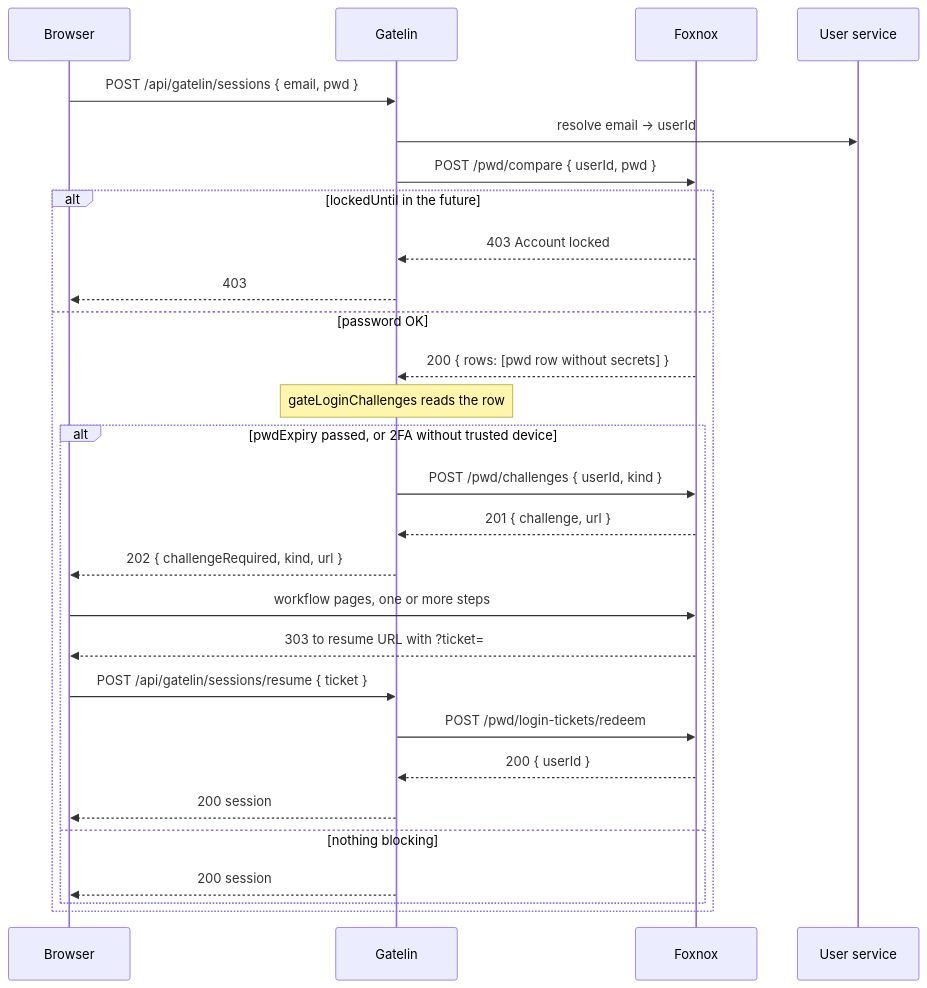
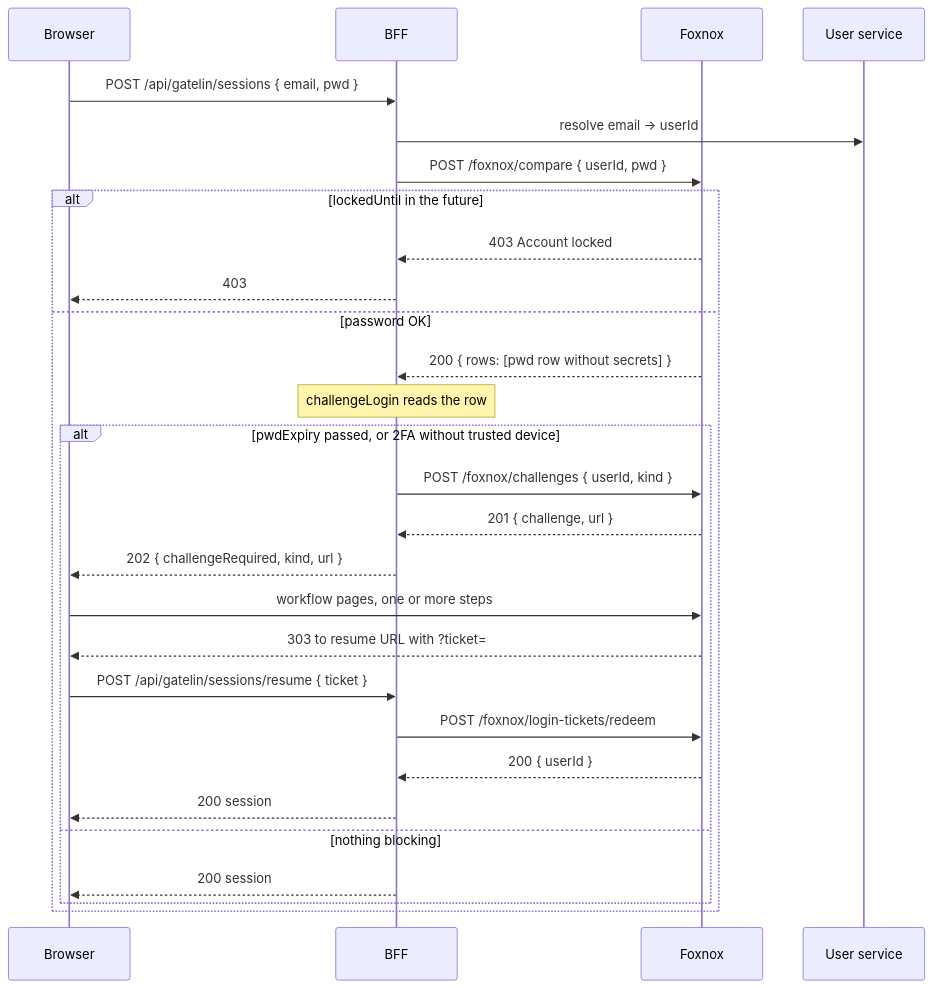
The diagram in website/docs/guide/architecture.md (ALTEN-group/Foxnox), drawn with Mermaid before and after one commit. The commit also changed other lines of this file and 161 other files, not shown here.

````diff
--- a/website/docs/guide/architecture.md
+++ b/website/docs/guide/architecture.md
@@ -101,32 +119,32 @@
 ```mermaid
 sequenceDiagram
     participant B as Browser
-    participant G as Gatelin
+    participant G as BFF
     participant F as Foxnox
     participant U as User service
 
     B->>G: POST /api/gatelin/sessions { email, pwd }
     G->>U: resolve email → userId
-    G->>F: POST /pwd/compare { userId, pwd }
+    G->>F: POST /foxnox/compare { userId, pwd }
 
     alt lockedUntil in the future
         F-->>G: 403 Account locked
         G-->>B: 403
     else password OK
         F-->>G: 200 { rows: [pwd row without secrets] }
-        Note over G: gateLoginChallenges reads the row
+        Note over G: challengeLogin reads the row
         alt pwdExpiry passed, or 2FA without trusted device
-            G->>F: POST /pwd/challenges { userId, kind }
+            G->>F: POST /foxnox/challenges { userId, kind }
             F-->>G: 201 { challenge, url }
             G-->>B: 202 { challengeRequired, kind, url }
             B->>F: workflow pages, one or more steps
             F-->>B: 303 to resume URL with ?ticket=
             B->>G: POST /api/gatelin/sessions/resume { ticket }
-            G->>F: POST /pwd/login-tickets/redeem
+            G->>F: POST /foxnox/login-tickets/redeem
             F-->>G: 200 { userId }
             G-->>B: 200 session
         else nothing blocking
             G-->>B: 200 session
         end
     end
 ```
````
